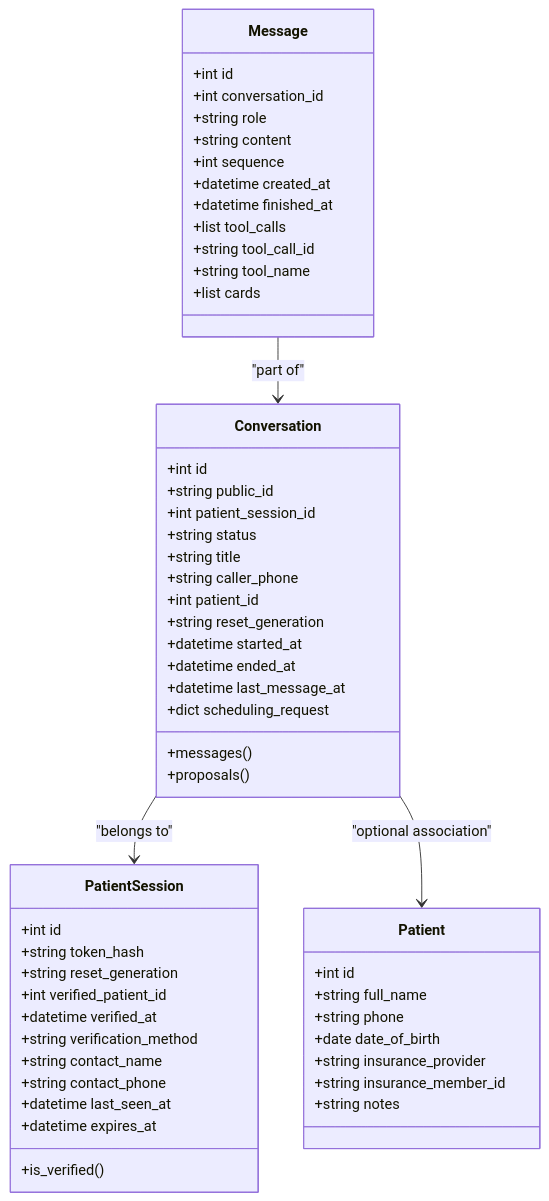
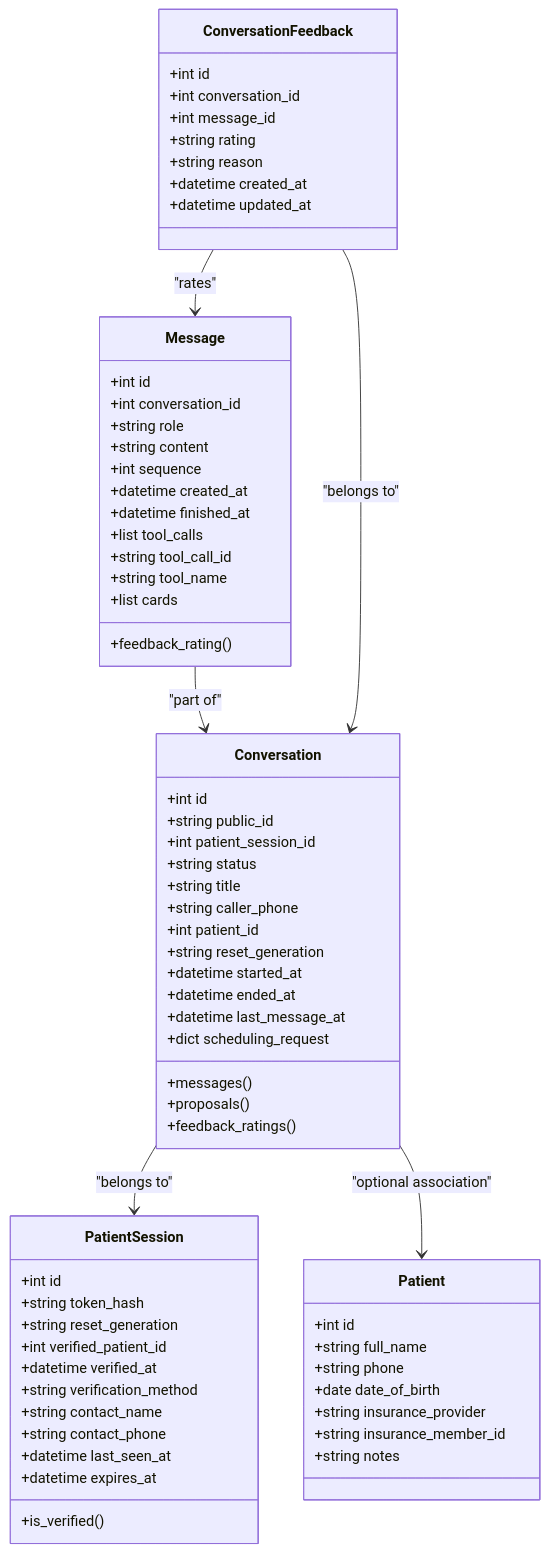
One commit to gokulkaarthicks/dental-chatbot changed the third of 15 diagrams in .qoder/repowiki/en/content/Data Models/Conversation and Messaging Models.md. Above: the diagram before and after it, drawn with Mermaid. The commit also changed other lines of this file and 280 other files, not shown here.

````diff
--- a/.qoder/repowiki/en/content/Data Models/Conversation and Messaging Models.md
+++ b/.qoder/repowiki/en/content/Data Models/Conversation and Messaging Models.md
@@ -220,57 +270,70 @@
 ```mermaid
 classDiagram
 class Conversation {
 +int id
 +string public_id
 +int patient_session_id
 +string status
 +string title
 +string caller_phone
 +int patient_id
 +string reset_generation
 +datetime started_at
 +datetime ended_at
 +datetime last_message_at
 +dict scheduling_request
 +messages()
 +proposals()
++feedback_ratings()
 }
 class Message {
 +int id
 +int conversation_id
 +string role
 +string content
 +int sequence
 +datetime created_at
 +datetime finished_at
 +list tool_calls
 +string tool_call_id
 +string tool_name
 +list cards
++feedback_rating()
+}
+class ConversationFeedback {
++int id
++int conversation_id
++int message_id
++string rating
++string reason
++datetime created_at
++datetime updated_at
 }
 class PatientSession {
 +int id
 +string token_hash
 +string reset_generation
 +int verified_patient_id
 +datetime verified_at
 +string verification_method
 +string contact_name
 +string contact_phone
 +datetime last_seen_at
 +datetime expires_at
 +is_verified()
 }
 class Patient {
 +int id
 +string full_name
 +string phone
 +date date_of_birth
 +string insurance_provider
 +string insurance_member_id
 +string notes
 }
 Conversation --> PatientSession : "belongs to"
 Conversation --> Patient : "optional association"
 Message --> Conversation : "part of"
+ConversationFeedback --> Conversation : "belongs to"
+ConversationFeedback --> Message : "rates"
 ```
````
